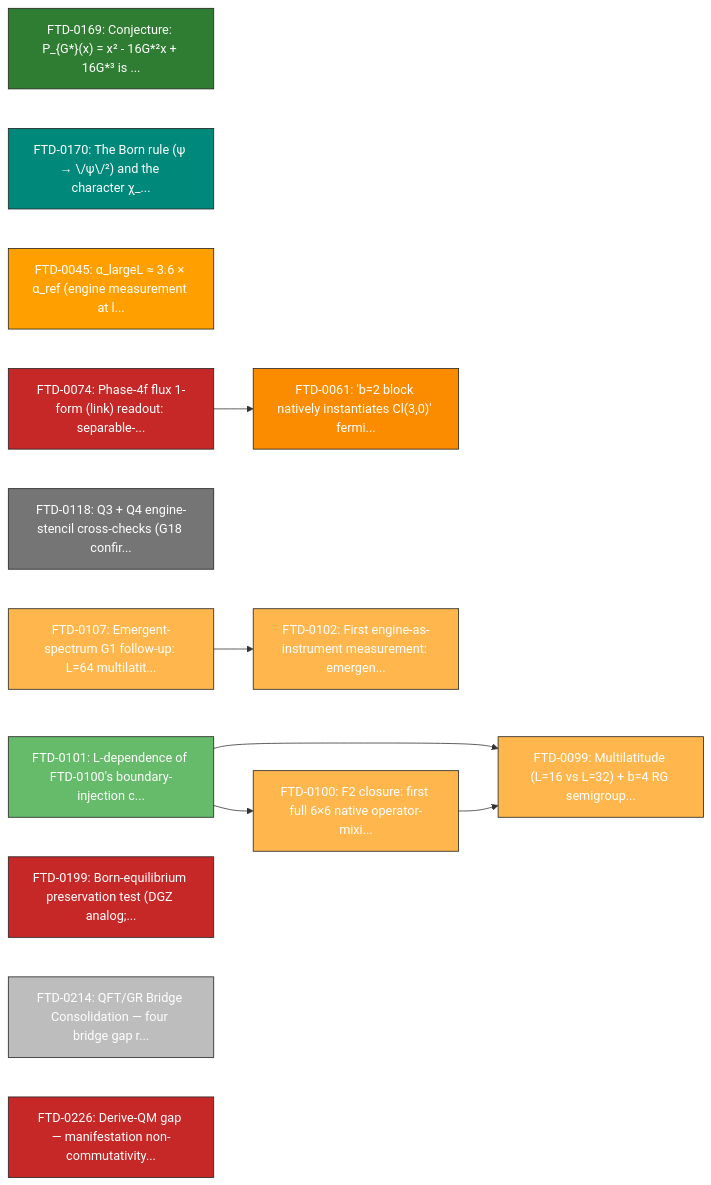
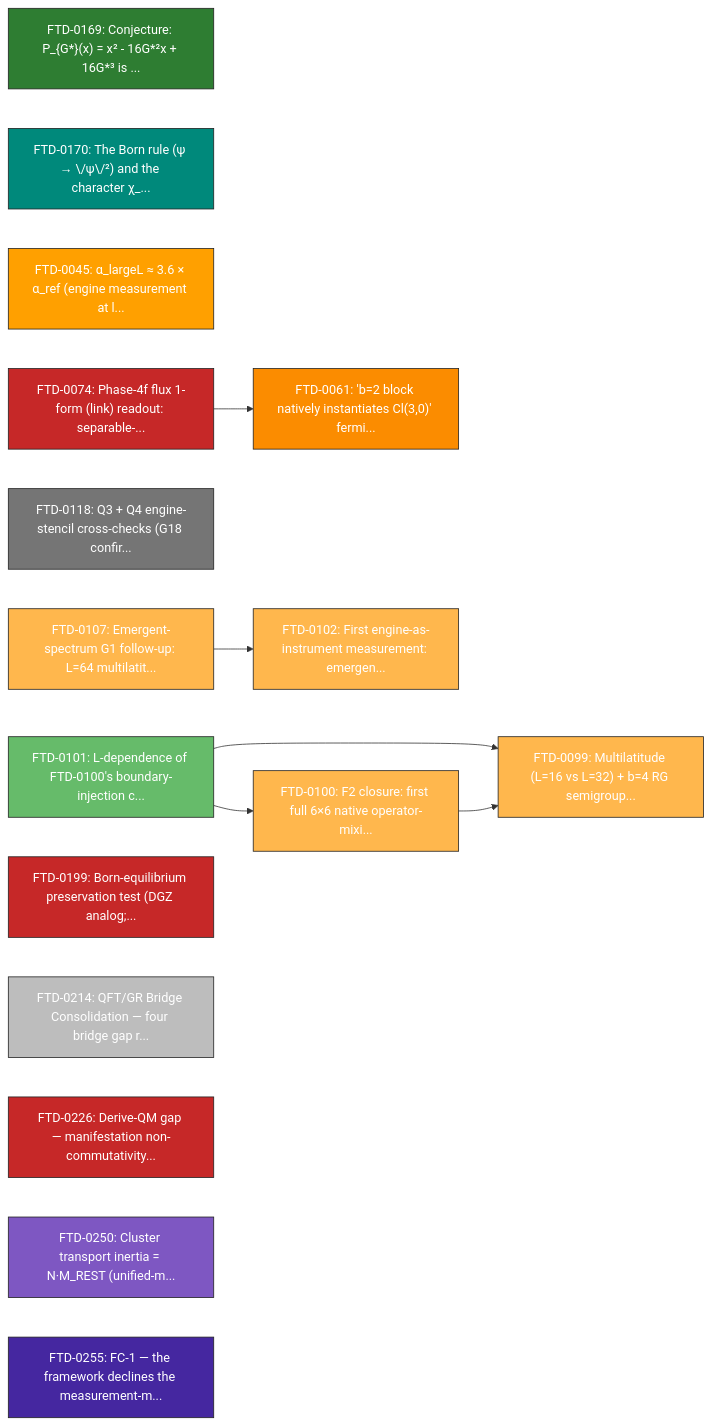
The fifth of 16 diagrams in docs/theory/09_mathematical/NODE_MAP_FTD_MATH.md (cpaci-tani/Foundational-Ternary-Dynamics), drawn with Mermaid before and after one commit. The commit also changed other lines of this file and 1 other file, not shown here.

First line of the commit message:
docs+scripts: FTD-0360 item 3 -- regenerate math node map from corrected LEDGER

````diff
--- a/docs/theory/09_mathematical/NODE_MAP_FTD_MATH.md
+++ b/docs/theory/09_mathematical/NODE_MAP_FTD_MATH.md
@@ -220,36 +297,40 @@
 ```mermaid
 graph LR
     FTD_0169["FTD-0169: Conjecture: P_{G*}(x) = x² - 16G*²x + 16G*³ is ..."]
     style FTD_0169 fill:#2e7d32,color:white,stroke:#222,stroke-width:1px
     FTD_0170["FTD-0170: The Born rule (ψ → \/ψ\/²) and the character χ_..."]
     style FTD_0170 fill:#00897b,color:white,stroke:#222,stroke-width:1px
     FTD_0045["FTD-0045: α_largeL ≈ 3.6 × α_ref (engine measurement at l..."]
     style FTD_0045 fill:#ffa000,color:white,stroke:#222,stroke-width:1px
     FTD_0061["FTD-0061: 'b=2 block natively instantiates Cl(3,0)' fermi..."]
     style FTD_0061 fill:#fb8c00,color:white,stroke:#222,stroke-width:1px
     FTD_0074["FTD-0074: Phase-4f flux 1-form (link) readout: separable-..."]
     style FTD_0074 fill:#c62828,color:white,stroke:#222,stroke-width:1px
     FTD_0118["FTD-0118: Q3 + Q4 engine-stencil cross-checks (G18 confir..."]
     style FTD_0118 fill:#757575,color:white,stroke:#222,stroke-width:1px
     FTD_0107["FTD-0107: Emergent-spectrum G1 follow-up: L=64 multilatit..."]
     style FTD_0107 fill:#ffb74d,color:white,stroke:#222,stroke-width:1px
     FTD_0102["FTD-0102: First engine-as-instrument measurement: emergen..."]
     style FTD_0102 fill:#ffb74d,color:white,stroke:#222,stroke-width:1px
     FTD_0101["FTD-0101: L-dependence of FTD-0100's boundary-injection c..."]
     style FTD_0101 fill:#66bb6a,color:white,stroke:#222,stroke-width:1px
     FTD_0100["FTD-0100: F2 closure: first full 6×6 native operator-mixi..."]
     style FTD_0100 fill:#ffb74d,color:white,stroke:#222,stroke-width:1px
     FTD_0099["FTD-0099: Multilatitude (L=16 vs L=32) + b=4 RG semigroup..."]
     style FTD_0099 fill:#ffb74d,color:white,stroke:#222,stroke-width:1px
     FTD_0199["FTD-0199: Born-equilibrium preservation test (DGZ analog;..."]
     style FTD_0199 fill:#c62828,color:white,stroke:#222,stroke-width:1px
     FTD_0214["FTD-0214: QFT/GR Bridge Consolidation — four bridge gap r..."]
     style FTD_0214 fill:#bdbdbd,color:white,stroke:#222,stroke-width:1px
     FTD_0226["FTD-0226: Derive-QM gap — manifestation non-commutativity..."]
     style FTD_0226 fill:#c62828,color:white,stroke:#222,stroke-width:1px
+    FTD_0250["FTD-0250: Cluster transport inertia = N·M_REST (unified-m..."]
+    style FTD_0250 fill:#7e57c2,color:white,stroke:#222,stroke-width:1px
+    FTD_0255["FTD-0255: FC-1 — the framework declines the measurement-m..."]
+    style FTD_0255 fill:#4527a0,color:white,stroke:#222,stroke-width:1px
     FTD_0074 --> FTD_0061
     FTD_0107 --> FTD_0102
     FTD_0101 --> FTD_0099
     FTD_0101 --> FTD_0100
     FTD_0100 --> FTD_0099
 ```
````
